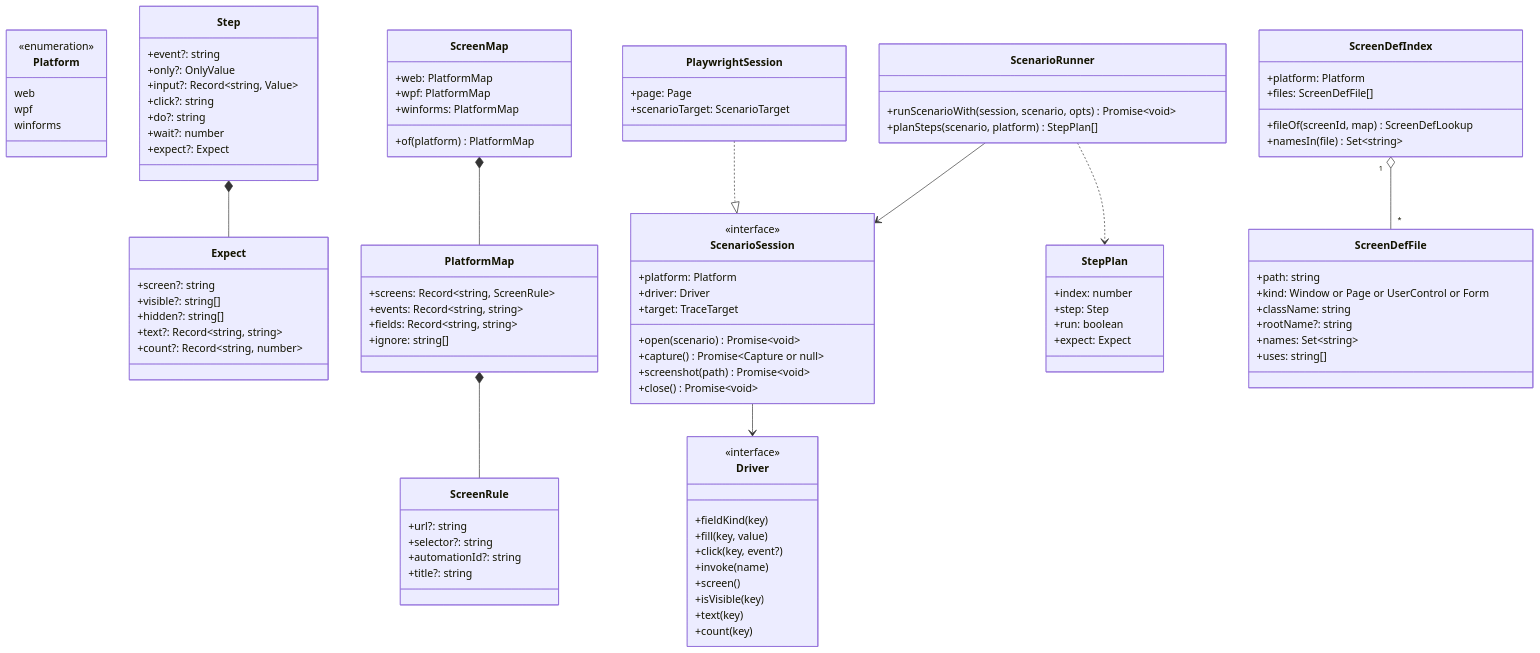
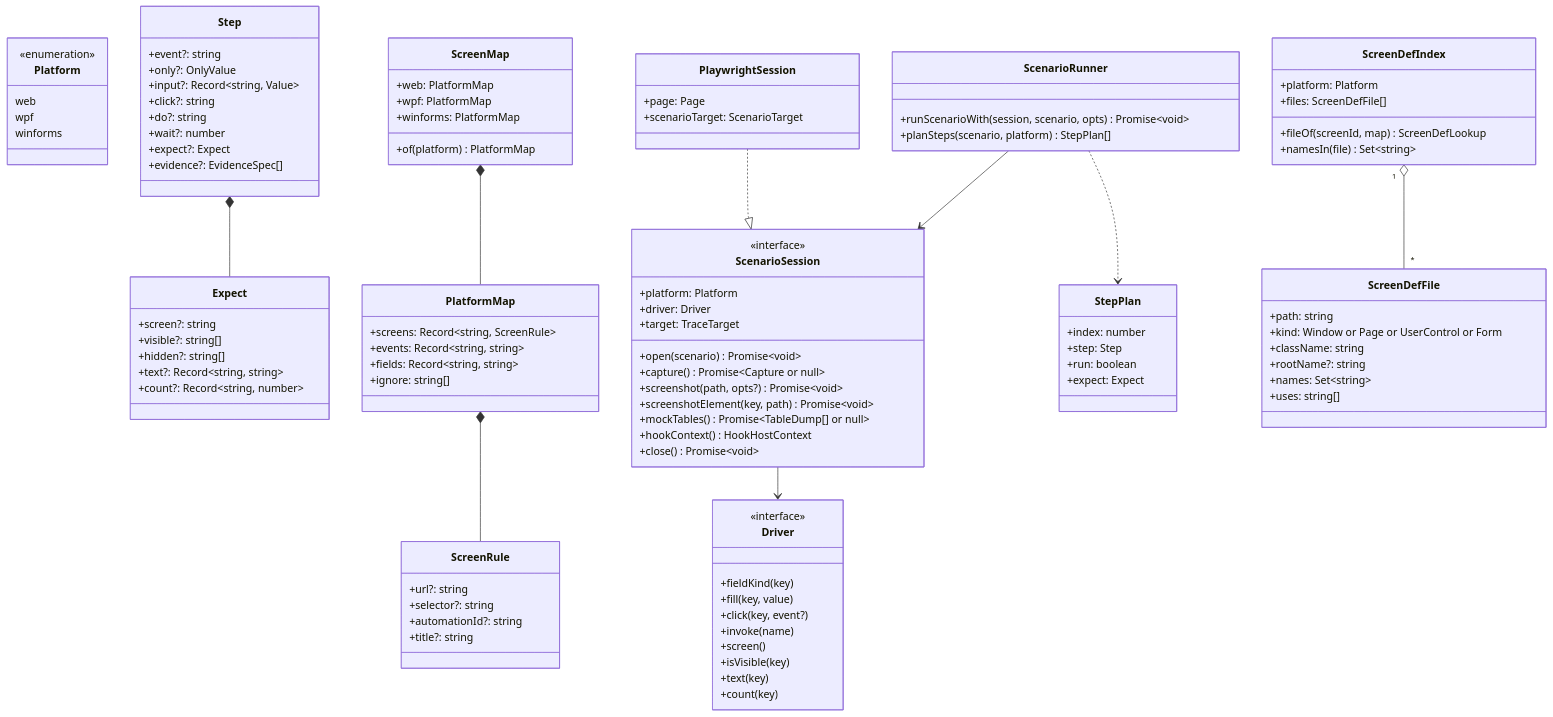
One commit to p-o-ke-nae/design-document changed the first of 11 diagrams in docs/design/detailed/desktop-scenario.md. Above: the diagram before and after it, drawn with Mermaid. The commit also changed other lines of this file and 18 other files, not shown here.

```diff
--- a/docs/design/detailed/desktop-scenario.md
+++ b/docs/design/detailed/desktop-scenario.md
@@ -33,6 +33,7 @@
     +do?: string
     +wait?: number
     +expect?: Expect
+    +evidence?: EvidenceSpec[]
   }
   class Expect {
     +screen?: string
@@ -77,7 +78,10 @@
     +target: TraceTarget
     +open(scenario) Promise~void~
     +capture() Promise~Capture or null~
-    +screenshot(path) Promise~void~
+    +screenshot(path, opts?) Promise~void~
+    +screenshotElement(key, path) Promise~void~
+    +mockTables() Promise~TableDump[] or null~
+    +hookContext() HookHostContext
     +close() Promise~void~
   }
   class PlaywrightSession {
```
